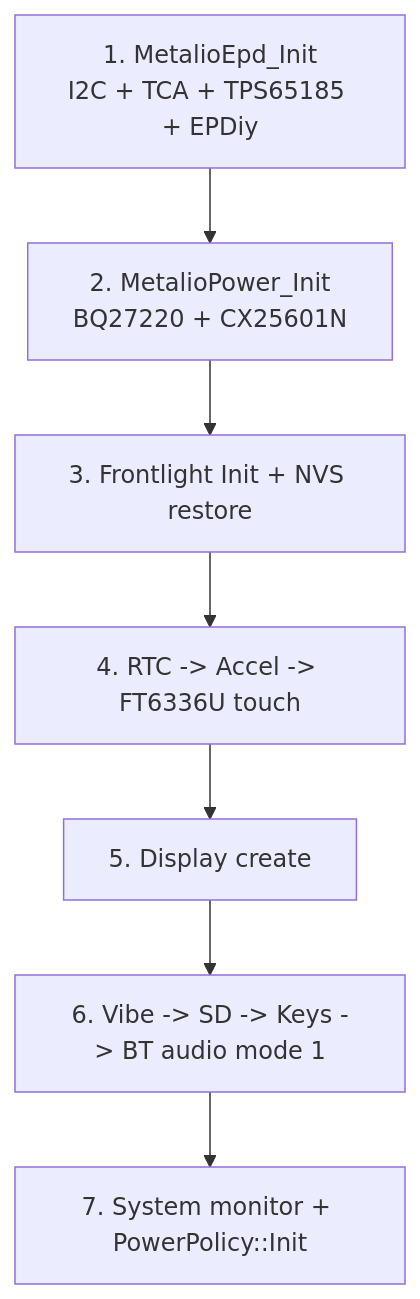
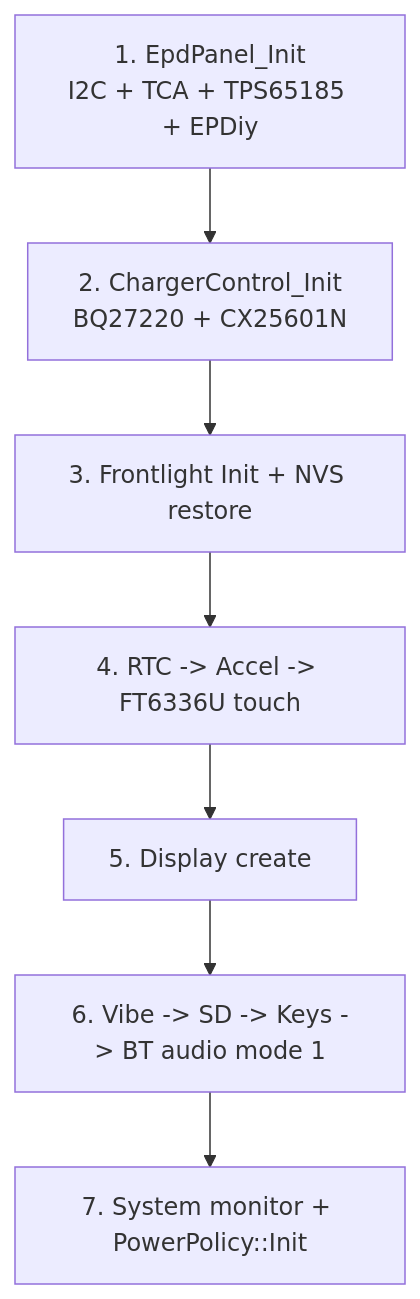
Before and after one commit to CloudZao/Metalio-E-INK4-Plus: the fifth of 5 diagrams in README.md, drawn with Mermaid. The commit also changed other lines of this file and 1784 other files, not shown here.

````diff
--- a/README.md
+++ b/README.md
@@ -376,9 +381,9 @@
 ```mermaid
 flowchart TD
-    s1["1. MetalioEpd_Init<br/>I2C + TCA + TPS65185 + EPDiy"] --> s2["2. MetalioPower_Init<br/>BQ27220 + CX25601N"]
+    s1["1. EpdPanel_Init<br/>I2C + TCA + TPS65185 + EPDiy"] --> s2["2. ChargerControl_Init<br/>BQ27220 + CX25601N"]
     s2 --> s3["3. Frontlight Init + NVS restore"]
     s3 --> s4["4. RTC -> Accel -> FT6336U touch"]
     s4 --> s5["5. Display create"]
     s5 --> s6["6. Vibe -> SD -> Keys -> BT audio mode 1"]
     s6 --> s7["7. System monitor + PowerPolicy::Init"]
 ```
````
